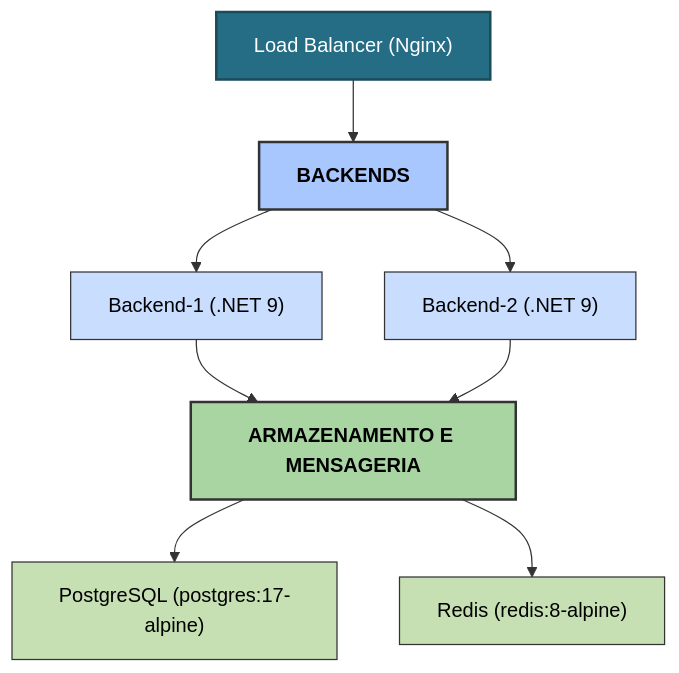
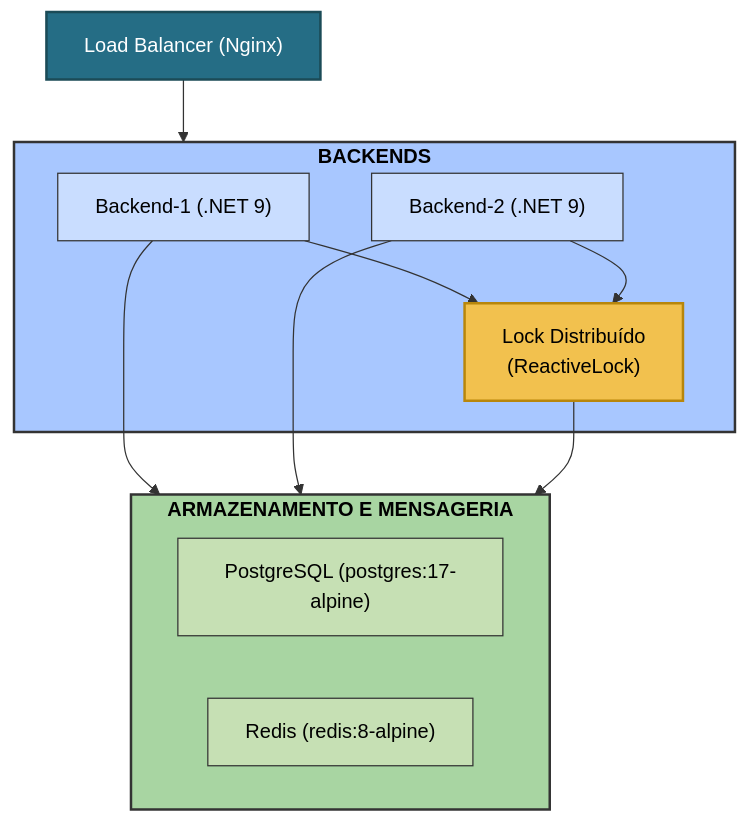
One commit to micheloliveira-com/rinha-de-backend-2025-dotnet-csharp-redis-grpc changed the diagram in README.md. Above: the diagram before and after it, drawn with Mermaid.

Commit message:
refactor: update diagram structure in README for better clarity on backend and storage components

````diff
--- a/README.md
+++ b/README.md
@@ -16,40 +16,39 @@
 ```mermaid
 
 graph TD
   loadBalancer["Load Balancer (Nginx)"]
 
-  backendsGroup["<b>BACKENDS</b>"]
-  postgresRedisGroup["<b>ARMAZENAMENTO E MENSAGERIA</b>"]
+  subgraph backendsGroup["<b>BACKENDS</b>"]
+    backend1["Backend-1 (.NET 9)"]
+    backend2["Backend-2 (.NET 9)"]
+    reactiveLock["Lock Distribuído<br/>(ReactiveLock)"]
+  end
 
-  backend1["Backend-1 (.NET 9)"]
-  backend2["Backend-2 (.NET 9)"]
+  subgraph storageGroup["<b>ARMAZENAMENTO E MENSAGERIA</b>"]
+    postgres["PostgreSQL (postgres:17-alpine)"]
+    redis["Redis (redis:8-alpine)"]
+  end
 
-  postgres["PostgreSQL (postgres:17-alpine)"]
-  redis["Redis (redis:8-alpine)"]
+  loadBalancer --> backendsGroup
 
-  %% Hierarquia e grupos
-  loadBalancer --> backendsGroup
-  backendsGroup --> backend1
-  backendsGroup --> backend2
+  backend1 --> storageGroup
+  backend2 --> storageGroup
 
-  backend1 --> postgresRedisGroup
-  backend2 --> postgresRedisGroup
+  backend1 --> reactiveLock
+  backend2 --> reactiveLock
 
-  postgresRedisGroup --> postgres
-  postgresRedisGroup --> redis
+  reactiveLock --> storageGroup
 
   %% Estilos de cor
   style loadBalancer fill:#256D85,stroke:#1B4B57,stroke-width:2px,color:#FFFFFF
 
-  %% Backends em azul claro
   style backendsGroup fill:#a8c7ff,stroke:#333,stroke-width:2px,color:#000
   style backend1 fill:#c9ddff,stroke:#333,stroke-width:1px,color:#000
   style backend2 fill:#c9ddff,stroke:#333,stroke-width:1px,color:#000
+  style reactiveLock fill:#f2c14e,stroke:#b8860b,stroke-width:2px,color:#000
 
-  %% Mensageria e armazenamento em verde claro
-  style postgresRedisGroup fill:#a8d5a2,stroke:#333,stroke-width:2px,color:#000
+  style storageGroup fill:#a8d5a2,stroke:#333,stroke-width:2px,color:#000
   style postgres fill:#c6e0b4,stroke:#333,stroke-width:1px,color:#000
   style redis fill:#c6e0b4,stroke:#333,stroke-width:1px,color:#000
 
-
 ```
````
